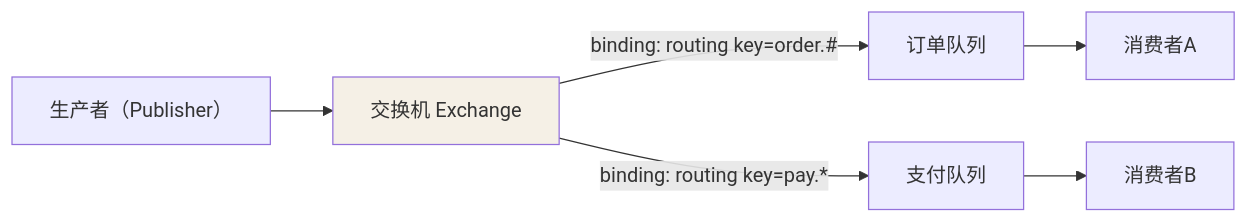
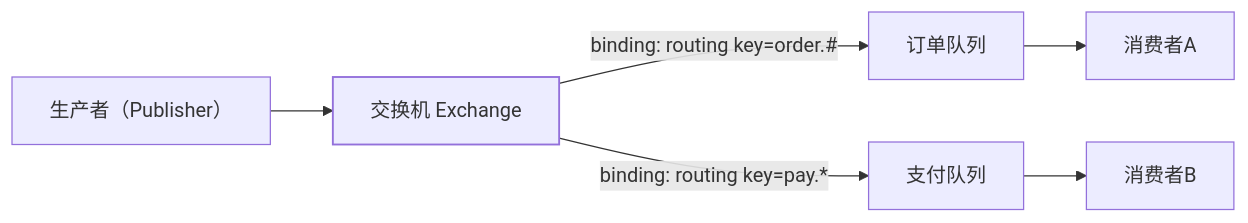
The first of 3 diagrams in src/content/docs/rabbitmq/basic/core/01-amqp-model.md (Loadhao/ascension), drawn with Mermaid before and after one commit. The commit also changed 87 other files, not shown here.

First line of the commit message:
fix: 全站图表配色改由主题接管，修复暗色主题下浅底浅字看不清

````diff
--- a/src/content/docs/rabbitmq/basic/core/01-amqp-model.md
+++ b/src/content/docs/rabbitmq/basic/core/01-amqp-model.md
@@ -13,10 +13,11 @@
 ```mermaid
 flowchart LR
     P["生产者（Publisher）"] --> X["交换机 Exchange"]
     X -->|"binding: routing key=order.#"| Q1["订单队列"]
     X -->|"binding: routing key=pay.*"| Q2["支付队列"]
     Q1 --> C1["消费者A"]
     Q2 --> C2["消费者B"]
     
-    style X fill:#f5f0e6
+    class X hl
+    classDef hl stroke-width:1.5px
 ```
````
